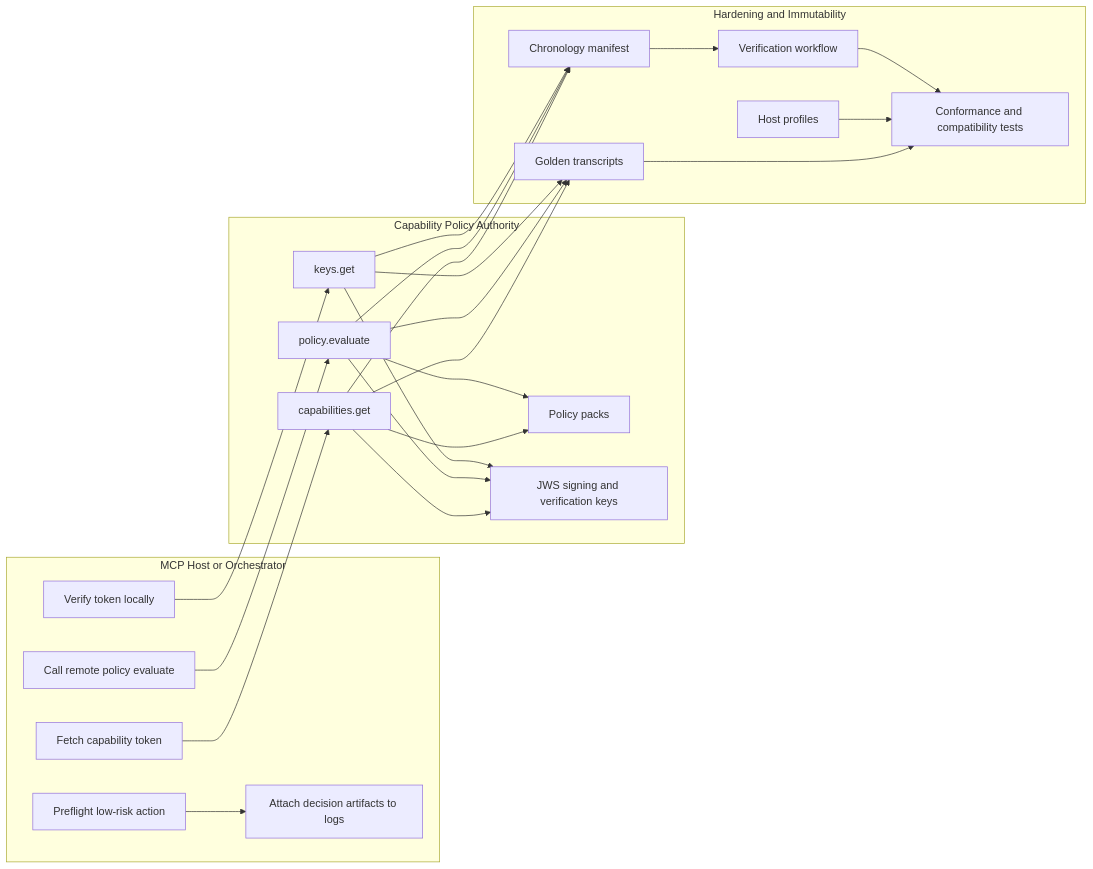
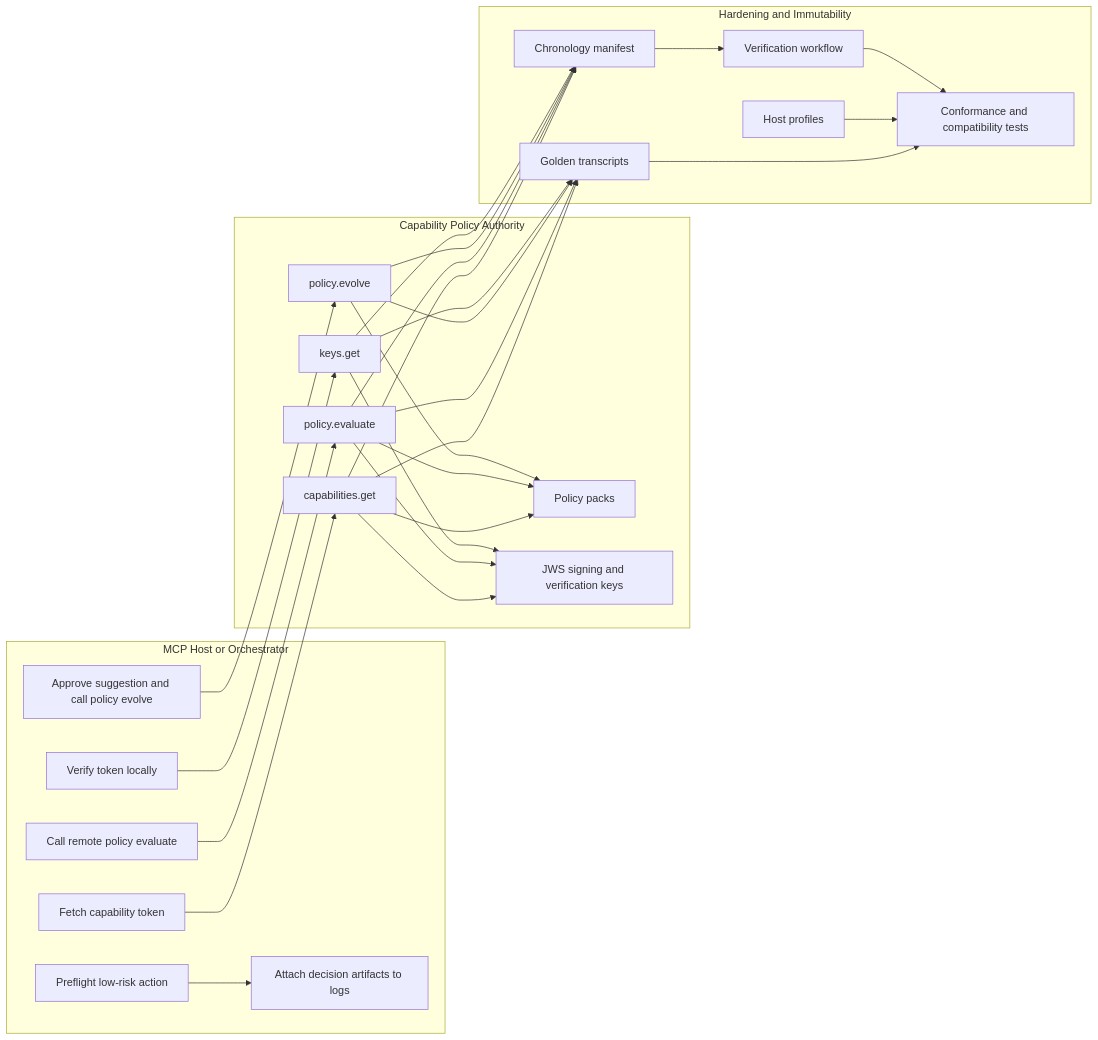
The diagram in docs/architecture.mmd (yism/locale), drawn with Mermaid before and after one commit. The commit also changed 48 other files, not shown here.

```diff
--- a/docs/architecture.mmd
+++ b/docs/architecture.mmd
@@ -1,44 +1,50 @@
 flowchart LR
   subgraph Host["MCP Host or Orchestrator"]
     H1["Fetch capability token"]
     H2["Verify token locally"]
     H3["Preflight low-risk action"]
     H4["Call remote policy evaluate"]
-    H5["Attach decision artifacts to logs"]
+    H5["Approve suggestion and call policy evolve"]
+    H6["Attach decision artifacts to logs"]
   end
 
   subgraph Authority["Capability Policy Authority"]
     A1["capabilities.get"]
     A2["policy.evaluate"]
-    A3["keys.get"]
-    A4["Policy packs"]
-    A5["JWS signing and verification keys"]
+    A3["policy.evolve"]
+    A4["keys.get"]
+    A5["Policy packs"]
+    A6["JWS signing and verification keys"]
   end
 
   subgraph Hardening["Hardening and Immutability"]
     D1["Golden transcripts"]
     D2["Host profiles"]
     D3["Chronology manifest"]
     D4["Verification workflow"]
     D5["Conformance and compatibility tests"]
   end
 
   H1 --> A1
-  H2 --> A3
-  H3 --> H5
+  H2 --> A4
+  H3 --> H6
   H4 --> A2
-  A1 --> A4
-  A2 --> A4
+  H5 --> A3
   A1 --> A5
   A2 --> A5
   A3 --> A5
+  A1 --> A6
+  A2 --> A6
+  A4 --> A6
   D1 --> D5
   D2 --> D5
   D3 --> D4
   D4 --> D5
   A1 --> D1
   A2 --> D1
   A3 --> D1
+  A4 --> D1
   A1 --> D3
   A2 --> D3
   A3 --> D3
+  A4 --> D3
```
